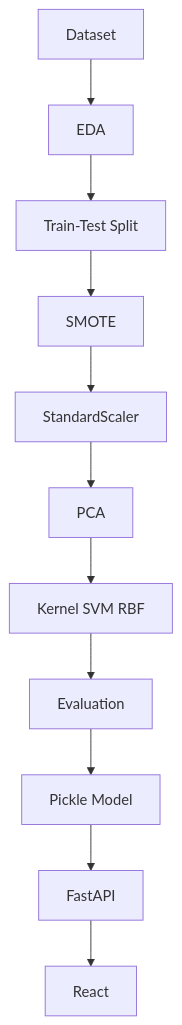
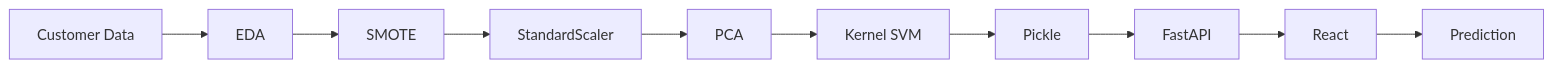
Before and after one commit to Nilfgard13/Bank-Personal-Loan-Prediction: the second of 4 diagrams in README.md, drawn with Mermaid. The commit also changed other lines of this file and 8 other files, not shown here.

````diff
--- a/README.md
+++ b/README.md
@@ -397,24 +357,23 @@
 ```mermaid
-flowchart TD
+flowchart LR
 
-A[Dataset]
+A[Customer Data]
+
 -->B[EDA]
 
-B-->C[Train-Test Split]
+-->C[SMOTE]
 
-C-->D[SMOTE]
+-->D[StandardScaler]
 
-D-->E[StandardScaler]
+-->E[PCA]
 
-E-->F[PCA]
+-->F[Kernel SVM]
 
-F-->G[Kernel SVM RBF]
+-->G[Pickle]
 
-G-->H[Evaluation]
+-->H[FastAPI]
 
-H-->I[Pickle Model]
+-->I[React]
 
-I-->J[FastAPI]
-
-J-->K[React]
+-->J[Prediction]
 ```
````
